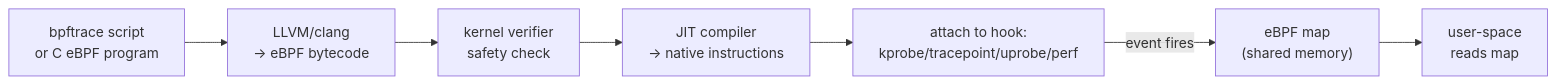
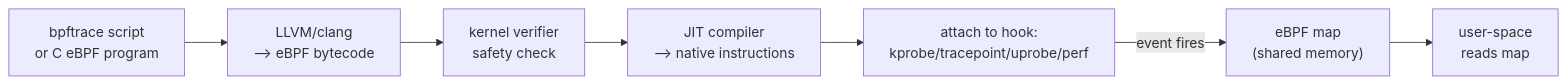
One commit to deepanshu-rawat6/tour-of-go changed the diagram in devops/linux/ebpf-bpftrace.md. Above: the diagram before and after it, drawn with Mermaid. The commit also changed 25 other files, not shown here.

````diff
--- a/devops/linux/ebpf-bpftrace.md
+++ b/devops/linux/ebpf-bpftrace.md
@@ -9,13 +9,13 @@
 ```mermaid
 flowchart LR
     SRC["bpftrace script<br/>or C eBPF program"]
-    COMPILE["LLVM/clang<br/>→ eBPF bytecode"]
+    COMPILE["LLVM/clang<br/>--> eBPF bytecode"]
     VERIFY["kernel verifier<br/>safety check"]
-    JIT["JIT compiler<br/>→ native instructions"]
+    JIT["JIT compiler<br/>--> native instructions"]
     HOOK["attach to hook:<br/>kprobe/tracepoint/uprobe/perf"]
     MAP["eBPF map<br/>(shared memory)"]
     USER["user-space<br/>reads map"]
 
     SRC --> COMPILE --> VERIFY --> JIT --> HOOK
     HOOK -->|"event fires"| MAP --> USER
 ```
````
